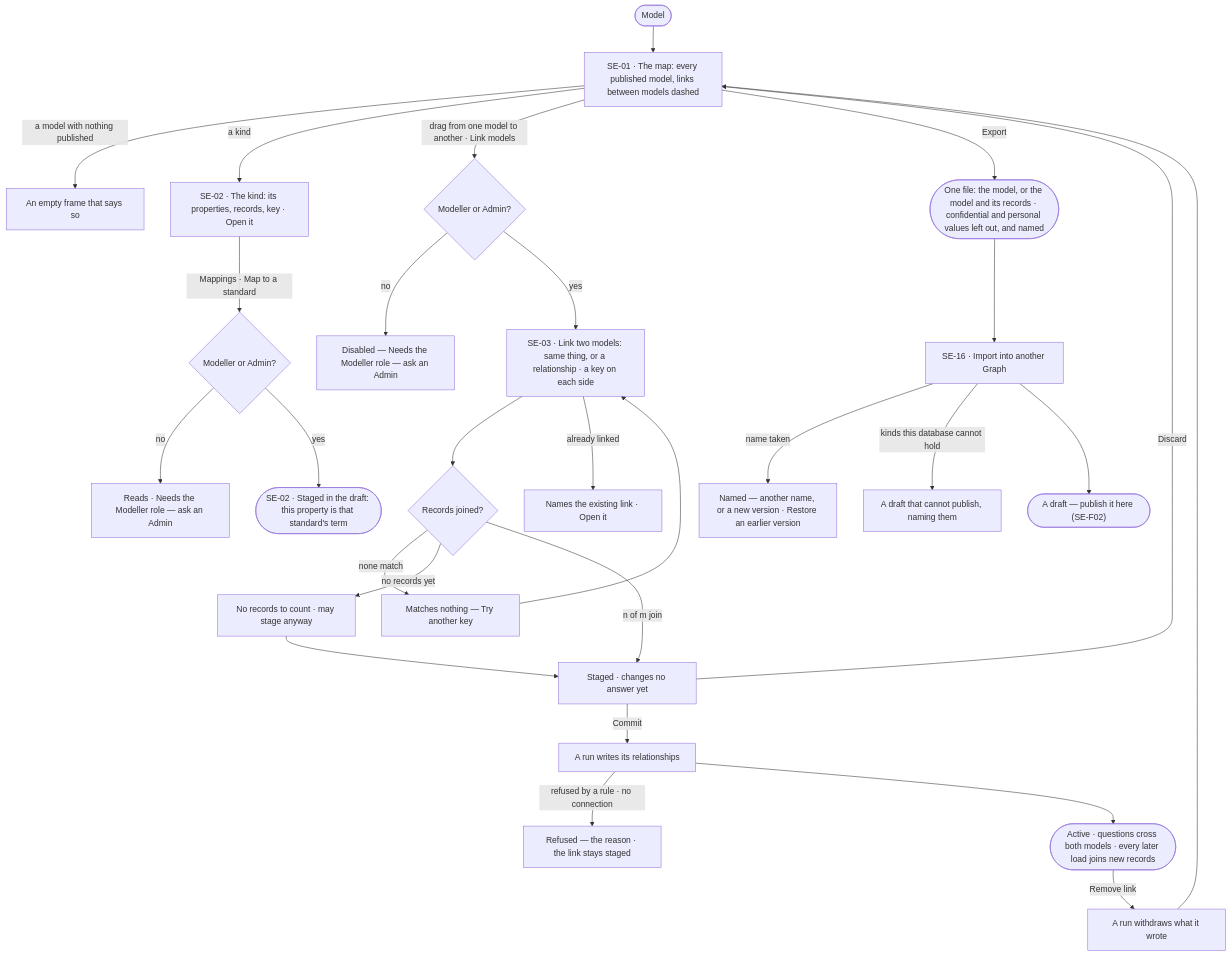
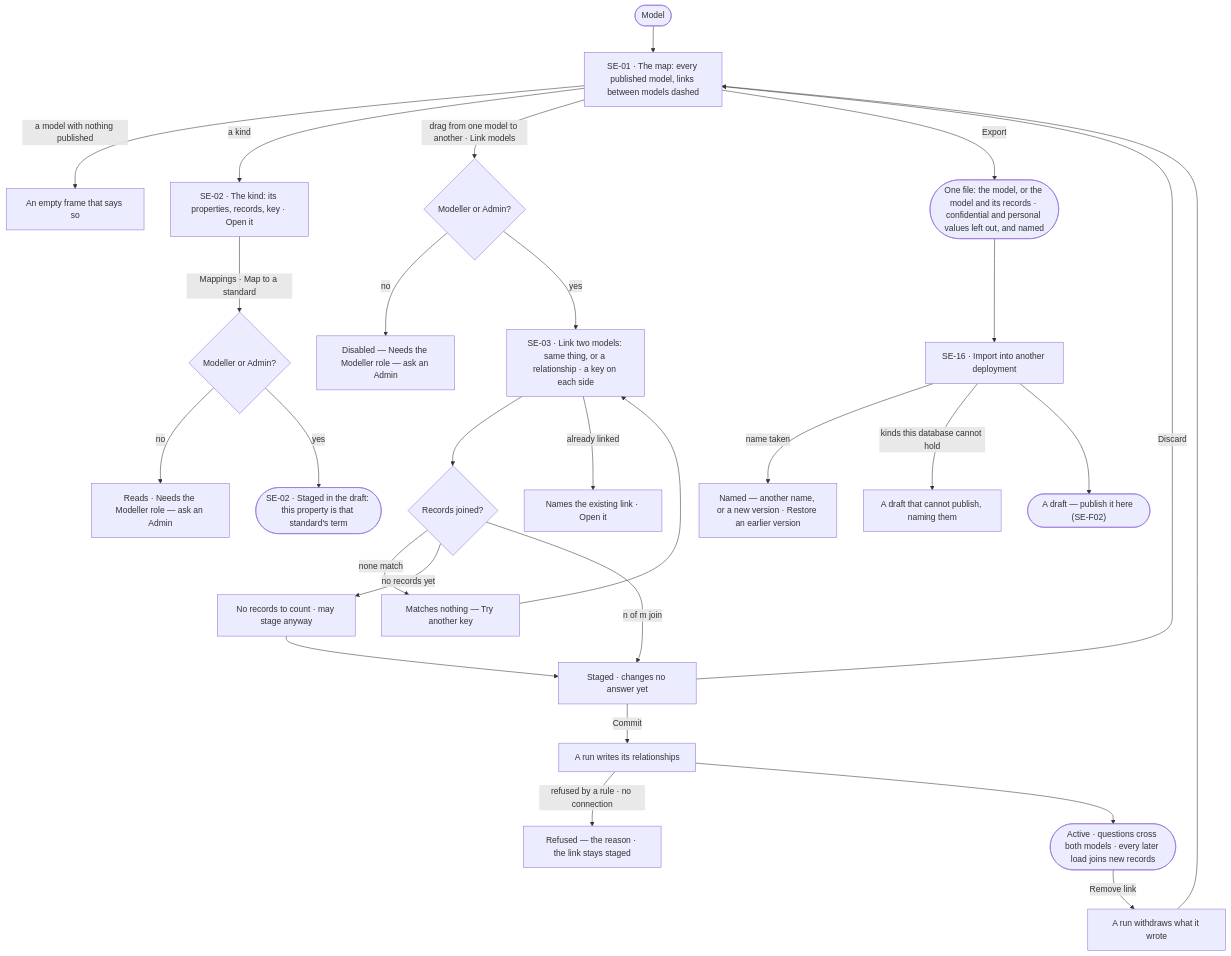
One commit to invana/invana changed the first of 2 diagrams in specs/capabilities/semantics/features/SE-F06-links-and-mappings/feature.md. Above: the diagram before and after it, drawn with Mermaid. The commit also changed other lines of this file and 69 other files, not shown here.

First line of the commit message:
feat(specs): retire Graph as an object — Graph Data is the screen word

````diff
--- a/specs/capabilities/semantics/features/SE-F06-links-and-mappings/feature.md
+++ b/specs/capabilities/semantics/features/SE-F06-links-and-mappings/feature.md
@@ -22,28 +22,28 @@
 ```mermaid
 flowchart TD
   start([Model]) --> map["SE-01 · The map: every published model, links between models dashed"]
   map -->|a model with nothing published| empty["An empty frame that says so"]
   map -->|a kind| k["SE-02 · The kind: its properties, records, key · Open it"]
   k -->|Mappings · Map to a standard| mp{Modeller or Admin?}
   mp -->|no| na2["Reads · Needs the Modeller role — ask an Admin"]
   mp -->|yes| ms(["SE-02 · Staged in the draft: this property is that standard's term"])
   map -->|drag from one model to another · Link models| may{Modeller or Admin?}
   may -->|no| na["Disabled — Needs the Modeller role — ask an Admin"]
   may -->|yes| dec["SE-03 · Link two models: same thing, or a relationship · a key on each side"]
   dec --> cnt{Records joined?}
   cnt -->|none match| fix["Matches nothing — Try another key"] --> dec
   cnt -->|no records yet| ok0["No records to count · may stage anyway"]
   cnt -->|n of m join| st["Staged · changes no answer yet"]
   ok0 --> st
   dec -->|already linked| ex["Names the existing link · Open it"]
   st -->|Discard| map
   st -->|Commit| run["A run writes its relationships"]
   run -->|refused by a rule · no connection| rf["Refused — the reason · the link stays staged"]
   run --> act(["Active · questions cross both models · every later load joins new records"])
   act -->|Remove link| rm["A run withdraws what it wrote"] --> map
   map -->|Export| ex1(["One file: the model, or the model and its records · confidential and personal values left out, and named"])
-  ex1 --> imp["SE-16 · Import into another Graph"]
+  ex1 --> imp["SE-16 · Import into another deployment"]
   imp -->|name taken| nt["Named — another name, or a new version · Restore an earlier version"]
   imp -->|kinds this database cannot hold| np["A draft that cannot publish, naming them"]
   imp --> dr(["A draft — publish it here (SE-F02)"])
 ```
````
